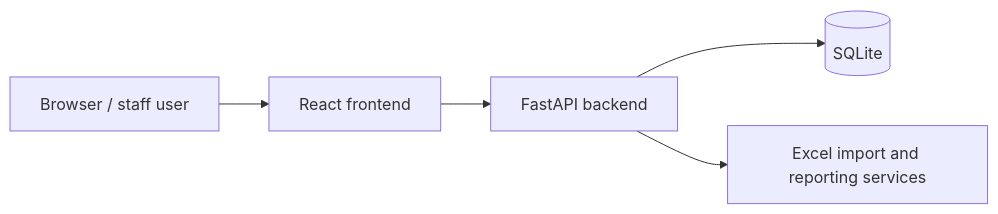
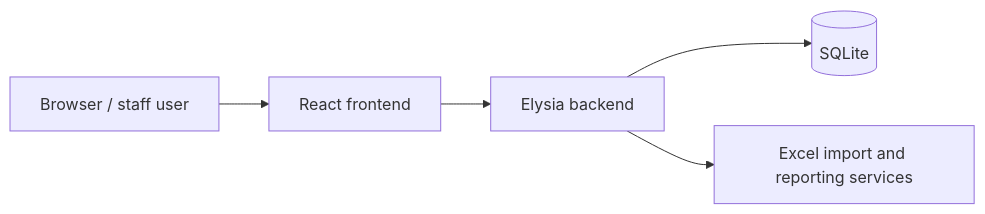
Before and after one commit to daoistmadness/operatoros: the first of 3 diagrams in README.md, drawn with Mermaid. The commit also changed other lines of this file and 13 other files, not shown here.

Commit message:
docs: add Elysia cutover and FastAPI rollback runbook

````diff
--- a/README.md
+++ b/README.md
@@ -23,13 +23,13 @@
 ```mermaid
 flowchart LR
   Browser[Browser / staff user]
   FE[React frontend]
-  API[FastAPI backend]
+  API[Elysia backend]
   DB[(SQLite)]
   SVC[Excel import and reporting services]
 
   Browser --> FE
   FE --> API
   API --> DB
   API --> SVC
 ```
````
